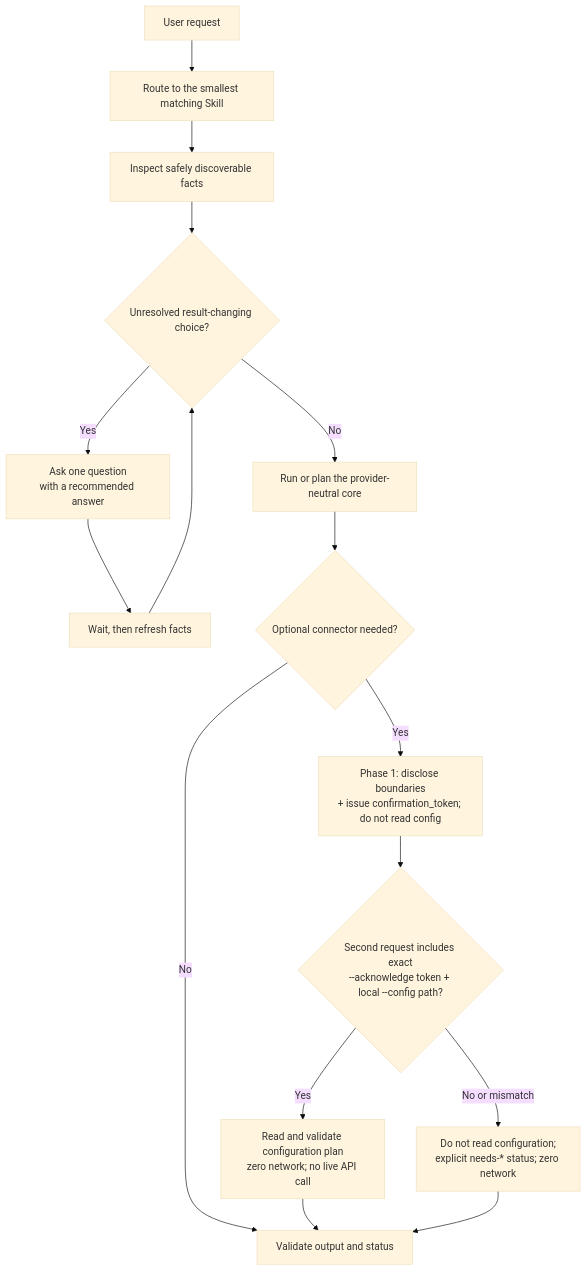
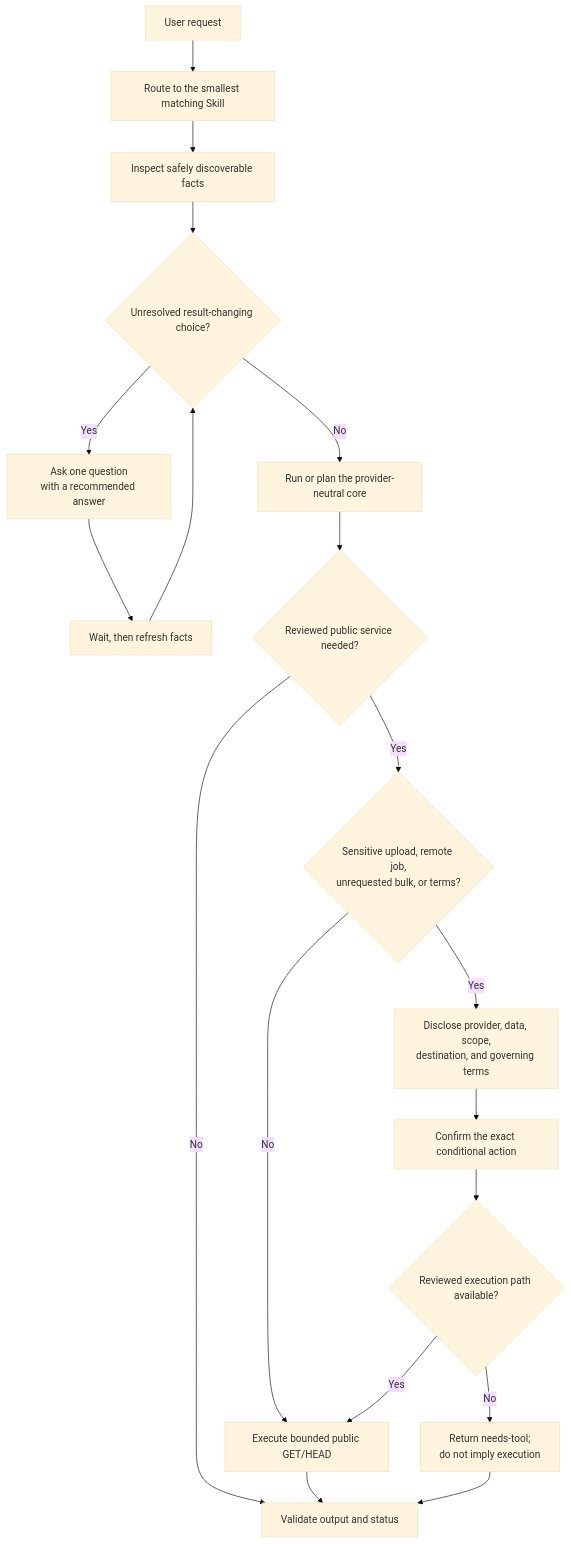
Before and after one commit to SteveTangent/goose-bio-skills: the second of 2 diagrams in docs/architecture.md, drawn with Mermaid (base theme). The commit also changed other lines of this file and 66 other files, not shown here.

Commit message:
Release Phase 1 live public research access v0.3.0

````diff
--- a/docs/architecture.md
+++ b/docs/architecture.md
@@ -26,18 +28,21 @@
 ```mermaid
 flowchart TD
     REQUEST["User request"] --> ROUTE["Route to the smallest matching Skill"]
     ROUTE --> FACTS["Inspect safely discoverable facts"]
     FACTS --> GAP{"Unresolved result-changing choice?"}
     GAP -- "Yes" --> ASK["Ask one question<br/>with a recommended answer"]
     ASK --> WAIT["Wait, then refresh facts"]
     WAIT --> GAP
     GAP -- "No" --> CORE["Run or plan the provider-neutral core"]
-    CORE --> NEED{"Optional connector needed?"}
+    CORE --> NEED{"Reviewed public service needed?"}
     NEED -- "No" --> CHECK["Validate output and status"]
-    NEED -- "Yes" --> DISCLOSE["Phase 1: disclose boundaries<br/>+ issue confirmation_token; do not read config"]
-    DISCLOSE --> CONFIG{"Second request includes exact<br/>--acknowledge token + local --config path?"}
-    CONFIG -- "Yes" --> CONNECT["Read and validate configuration plan<br/>zero network; no live API call"]
-    CONNECT --> CHECK
-    CONFIG -- "No or mismatch" --> PLACEHOLDER["Do not read configuration;<br/>explicit needs-* status; zero network"]
-    PLACEHOLDER --> CHECK
+    NEED -- "Yes" --> CONDITIONAL{"Sensitive upload, remote job,<br/>unrequested bulk, or terms?"}
+    CONDITIONAL -- "No" --> LIVE["Execute bounded public GET/HEAD"]
+    CONDITIONAL -- "Yes" --> DISCLOSE["Disclose provider, data, scope,<br/>destination, and governing terms"]
+    DISCLOSE --> CONFIRM["Confirm the exact conditional action"]
+    CONFIRM --> PATH{"Reviewed execution path available?"}
+    PATH -- "Yes" --> LIVE
+    PATH -- "No" --> NEEDSTOOL["Return needs-tool;<br/>do not imply execution"]
+    LIVE --> CHECK
+    NEEDSTOOL --> CHECK
 ```
````
